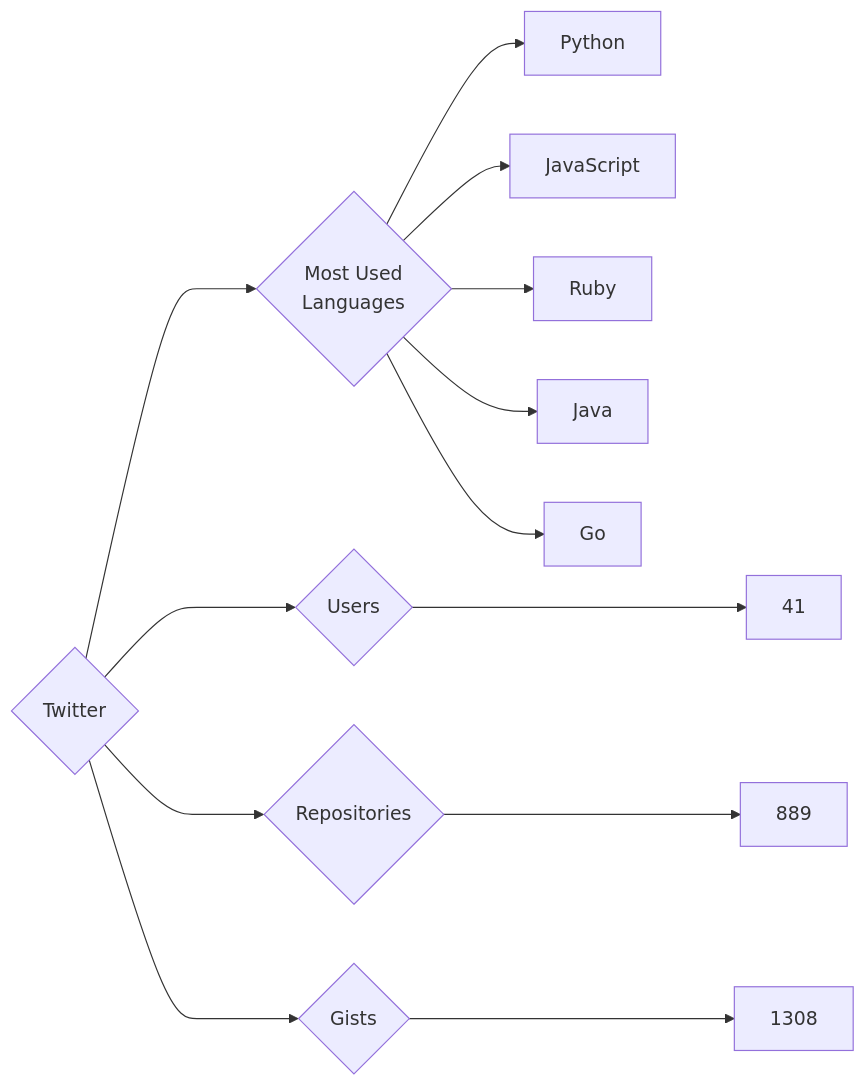
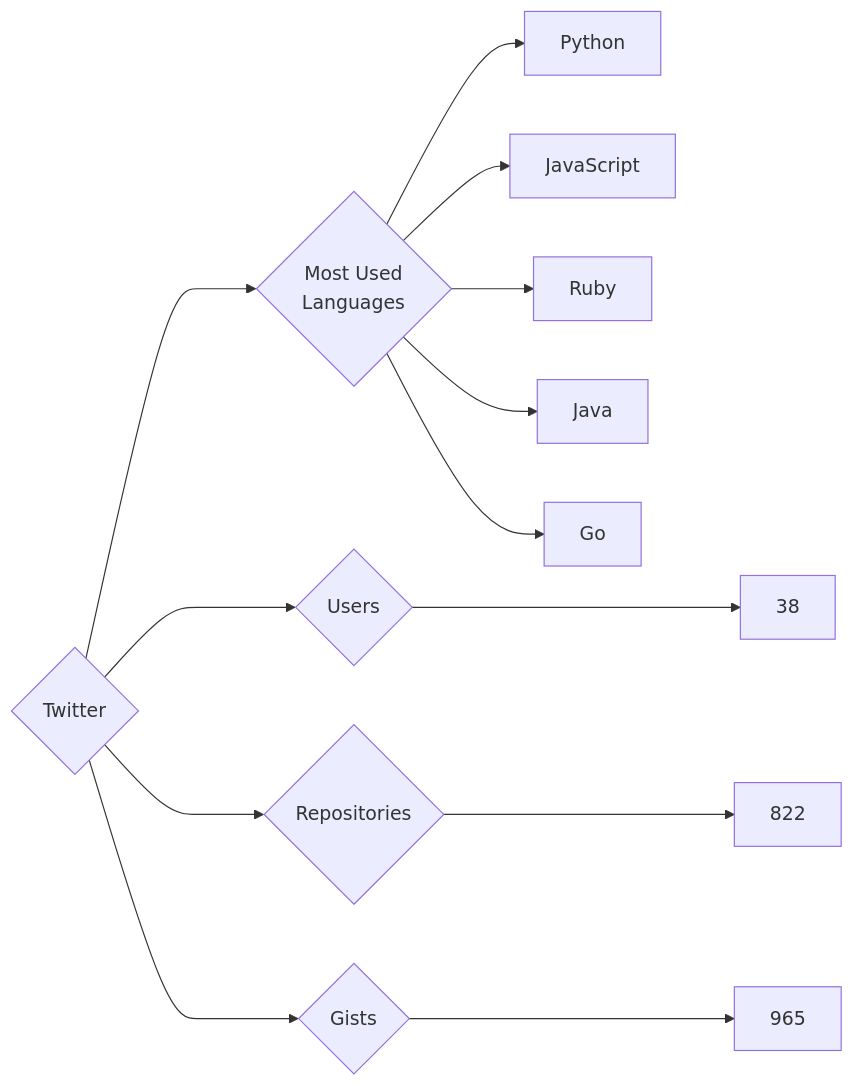
The diagram in targets/Twitter/README.md (trickest/insiders), drawn with Mermaid before and after one commit. The commit also changed 976 other files, not shown here.

````diff
--- a/targets/Twitter/README.md
+++ b/targets/Twitter/README.md
@@ -3,13 +3,13 @@
 ```mermaid
 graph LR
 COMPANY_NAME{Twitter}
-COMPANY_NAME ---> U{Users} ---> UN[41]
-COMPANY_NAME ---> R{Repositories} ---> RN[889]
-COMPANY_NAME ---> G{Gists} ---> GN[1308]
+COMPANY_NAME ---> U{Users} ---> UN[38]
+COMPANY_NAME ---> R{Repositories} ---> RN[822]
+COMPANY_NAME ---> G{Gists} ---> GN[965]
 COMPANY_NAME ---> ML{Most Used<br>Languages}
 ML --> Python[Python]
 ML --> JavaScript[JavaScript]
 ML --> Ruby[Ruby]
 ML --> Java[Java]
 ML --> Go[Go]
 ```
````
